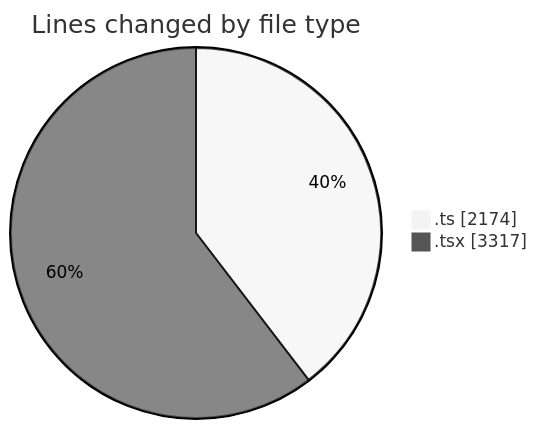
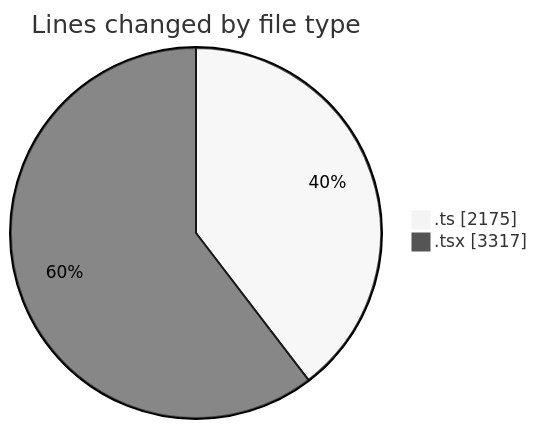
One commit to nxtqubesakshisongat/code-tracking changed the first of 2 diagrams in 2026-03-12/nxtqube_webapp/README.md. Above: the diagram before and after it, drawn with Mermaid (neutral theme). The commit also changed other lines of this file and 1 other file, not shown here.

````diff
--- a/2026-03-12/nxtqube_webapp/README.md
+++ b/2026-03-12/nxtqube_webapp/README.md
@@ -32,6 +32,6 @@
 ```mermaid
 pie showData
 title Lines changed by file type
-".ts" : 2174
+".ts" : 2175
 ".tsx" : 3317
 ```
````
